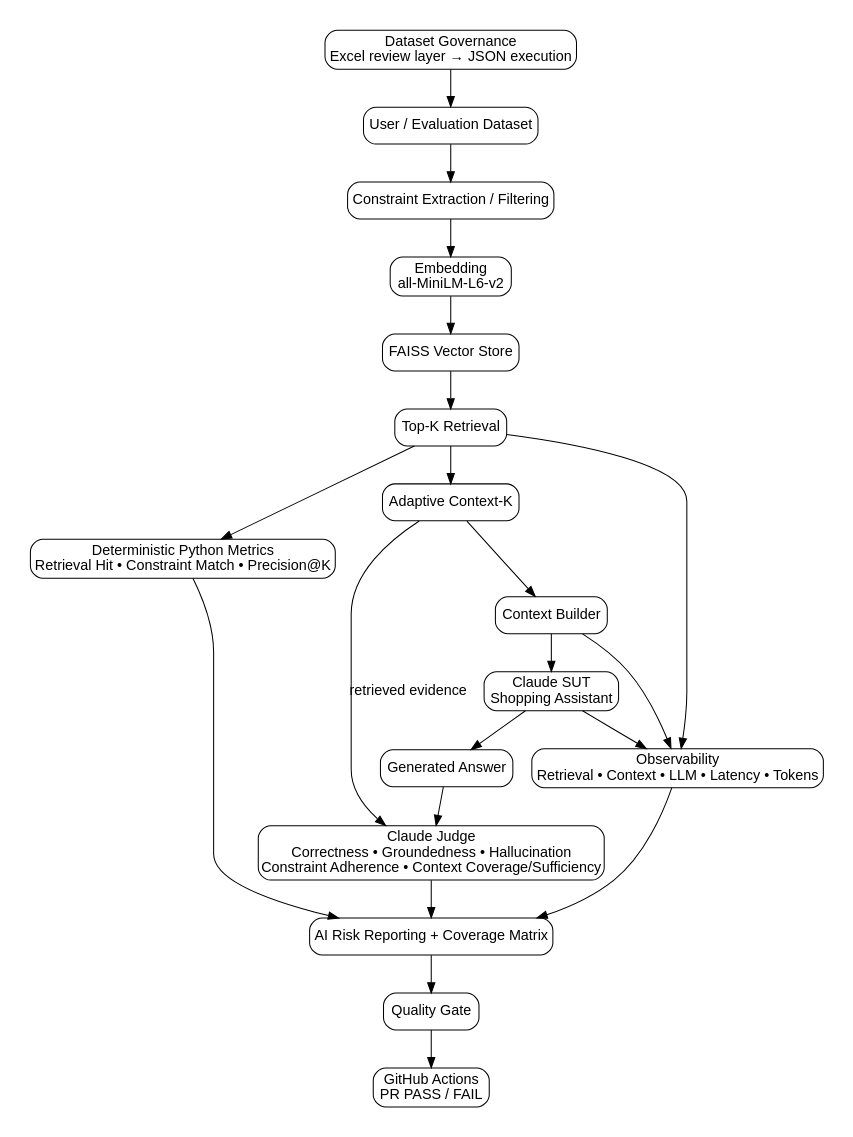
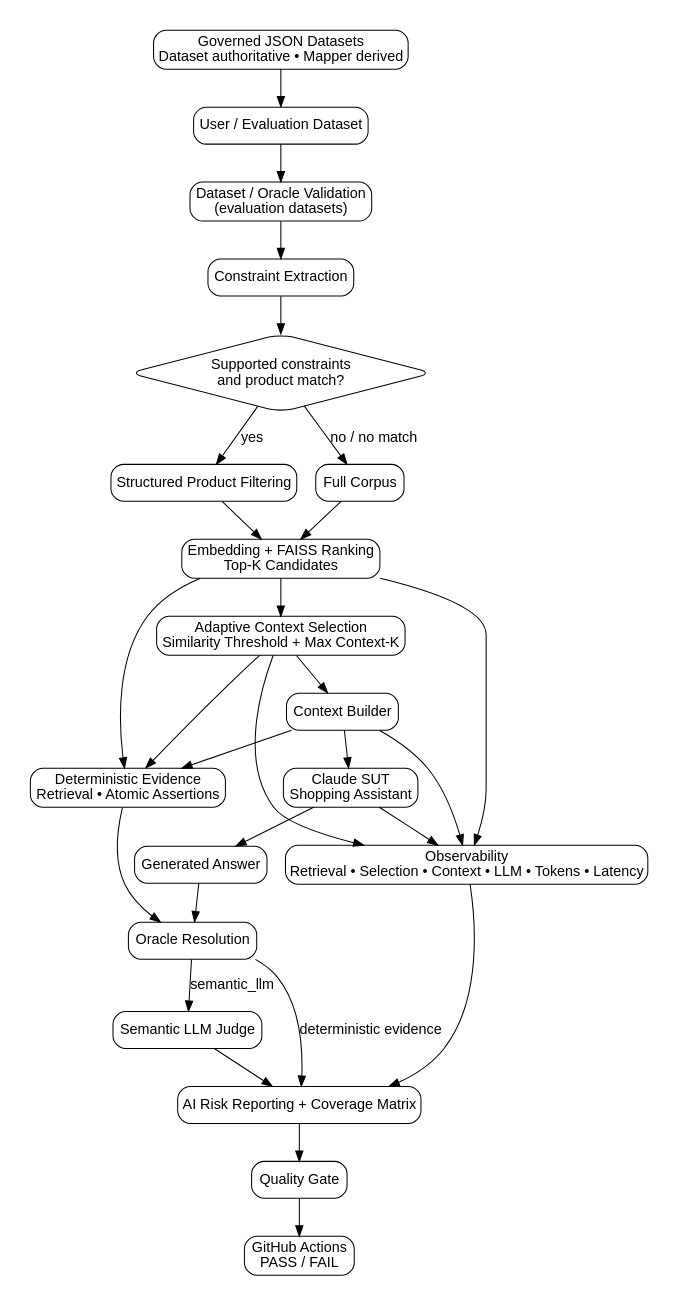
The diagram in docs/overall.dot (oleksandrserhieiev-beep/ai-qe-lab), drawn with Graphviz before and after one commit.

Commit message:
Fix overall architecture diagram

```diff
--- a/docs/overall.dot
+++ b/docs/overall.dot
@@ -1,37 +1,51 @@
 digraph G {
   rankdir=TB;
   graph [fontname="Arial", bgcolor="white", pad="0.3"];
   node [shape=box, style="rounded", fontname="Arial"];
   edge [fontname="Arial"];
 
   Dataset [label="User / Evaluation Dataset"];
-  Constraints [label="Constraint Extraction / Filtering"];
-  Embed [label="Embedding\nall-MiniLM-L6-v2"];
-  Vector [label="FAISS Vector Store"];
-  Retrieval [label="Top-K Retrieval"];
-  ContextK [label="Adaptive Context-K"];
+  Validation [label="Dataset / Oracle Validation\n(evaluation datasets)"];
+  Constraints [label="Constraint Extraction"];
+  Decision [label="Supported constraints\nand product match?", shape=diamond];
+  Filter [label="Structured Product Filtering"];
+  Corpus [label="Full Corpus"];
+  Retrieval [label="Embedding + FAISS Ranking\nTop-K Candidates"];
+  ContextK [label="Adaptive Context Selection\nSimilarity Threshold + Max Context-K"];
   Context [label="Context Builder"];
   SUT [label="Claude SUT\nShopping Assistant"];
   Answer [label="Generated Answer"];
 
-  Py [label="Deterministic Python Metrics\nRetrieval Hit • Constraint Match • Precision@K"];
-  Judge [label="Claude Judge\nCorrectness • Groundedness • Hallucination\nConstraint Adherence • Context Coverage/Sufficiency"];
+  Py [label="Deterministic Evidence\nRetrieval • Atomic Assertions"];
+  Oracle [label="Oracle Resolution"];
+  Judge [label="Semantic LLM Judge"];
   Risk [label="AI Risk Reporting + Coverage Matrix"];
   Gate [label="Quality Gate"];
-  CI [label="GitHub Actions\nPR PASS / FAIL"];
-  Telemetry [label="Observability\nRetrieval • Context • LLM • Latency • Tokens"];
-  Governance [label="Dataset Governance\nExcel review layer → JSON execution"];
+  CI [label="GitHub Actions\nPASS / FAIL"];
+  Telemetry [label="Observability\nRetrieval • Selection • Context • LLM • Tokens • Latency"];
+  Governance [label="Governed JSON Datasets\nDataset authoritative • Mapper derived"];
 
-  Dataset -> Constraints -> Embed -> Vector -> Retrieval -> ContextK -> Context -> SUT -> Answer;
+  Dataset -> Validation -> Constraints -> Decision;
+  Decision -> Filter [label="yes"];
+  Decision -> Corpus [label="no / no match"];
+  Filter -> Retrieval;
+  Corpus -> Retrieval;
+  Retrieval -> ContextK -> Context -> SUT -> Answer;
+
   Retrieval -> Py;
-  ContextK -> Judge [label="retrieved evidence"];
-  Answer -> Judge;
-  Py -> Risk;
+  ContextK -> Py;
+  Context -> Py;
+  Answer -> Oracle;
+  Py -> Oracle;
+  Oracle -> Judge [label="semantic_llm"];
+  Oracle -> Risk [label="deterministic evidence"];
   Judge -> Risk;
   Risk -> Gate -> CI;
+
   Retrieval -> Telemetry;
+  ContextK -> Telemetry;
   Context -> Telemetry;
   SUT -> Telemetry;
   Telemetry -> Risk;
   Governance -> Dataset;
 }
```
